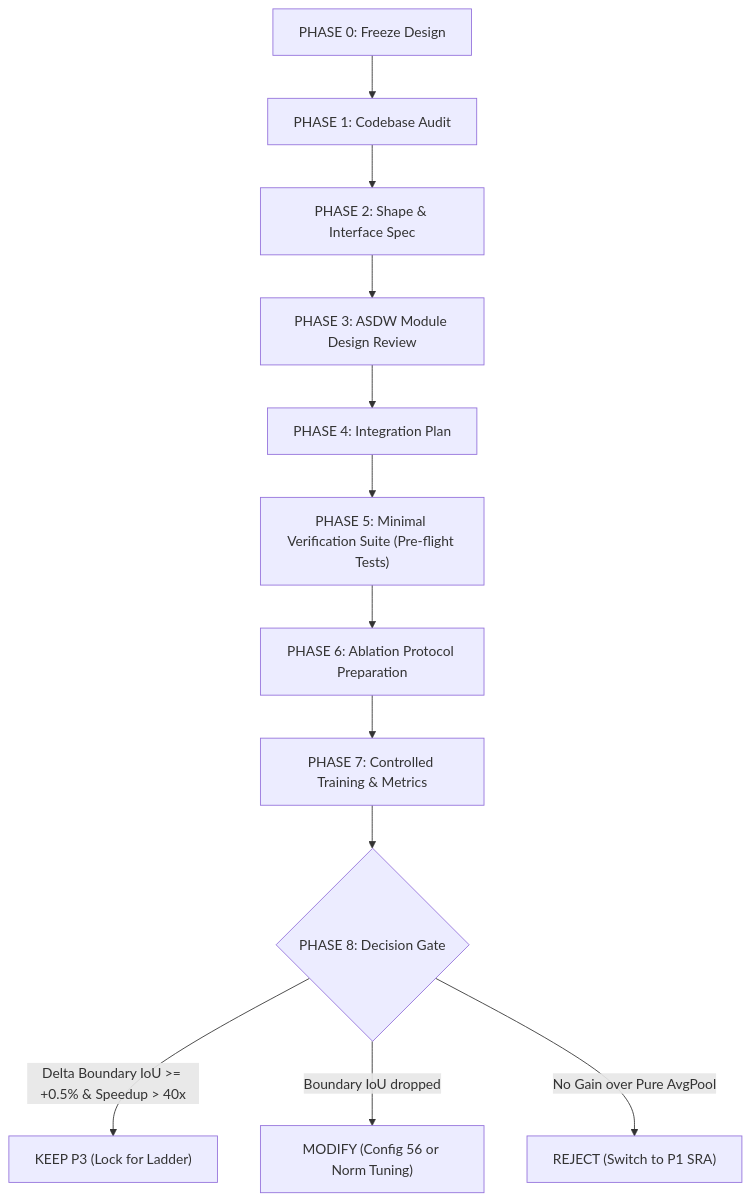
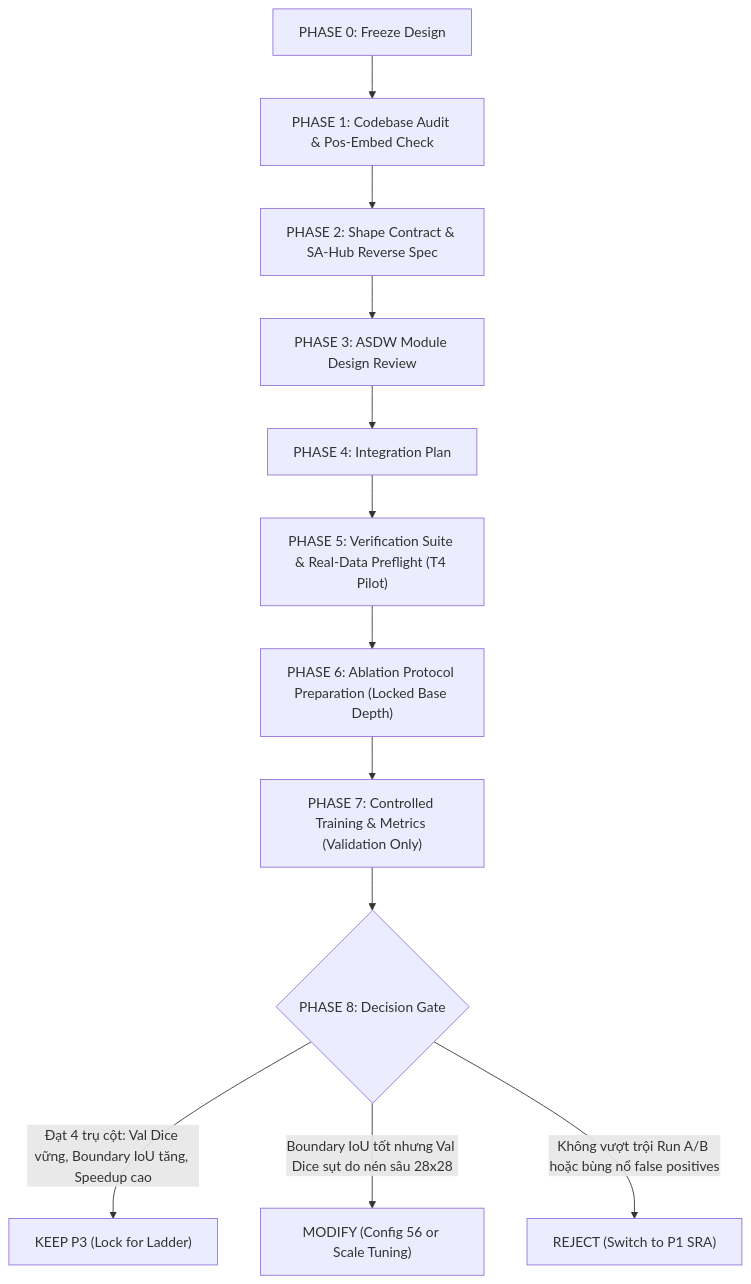
The diagram in docs/B2_Experimental_Roadmap.md (bach0823/chuyendettnt), drawn with Mermaid before and after one commit. The commit also changed other lines of this file and 1 other file, not shown here.

First line of the commit message:
docs: synchronize B2 experimental roadmap with implementation plan and upgrade P3 preflight

````diff
--- a/docs/B2_Experimental_Roadmap.md
+++ b/docs/B2_Experimental_Roadmap.md
@@ -104,14 +151,14 @@
 ```mermaid
 flowchart TD
-    P0["PHASE 0: Freeze Design"] --> P1["PHASE 1: Codebase Audit"]
-    P1 --> P2["PHASE 2: Shape & Interface Spec"]
+    P0["PHASE 0: Freeze Design"] --> P1["PHASE 1: Codebase Audit & Pos-Embed Check"]
+    P1 --> P2["PHASE 2: Shape Contract & SA-Hub Reverse Spec"]
     P2 --> P3["PHASE 3: ASDW Module Design Review"]
     P3 --> P4["PHASE 4: Integration Plan"]
-    P4 --> P5["PHASE 5: Minimal Verification Suite (Pre-flight Tests)"]
-    P5 --> P6["PHASE 6: Ablation Protocol Preparation"]
-    P6 --> P7["PHASE 7: Controlled Training & Metrics"]
+    P4 --> P5["PHASE 5: Verification Suite & Real-Data Preflight (T4 Pilot)"]
+    P5 --> P6["PHASE 6: Ablation Protocol Preparation (Locked Base Depth)"]
+    P6 --> P7["PHASE 7: Controlled Training & Metrics (Validation Only)"]
     P7 --> P8{"PHASE 8: Decision Gate"}
-    P8 -->|Delta Boundary IoU >= +0.5% & Speedup > 40x| Keep["KEEP P3 (Lock for Ladder)"]
-    P8 -->|Boundary IoU dropped| Mod["MODIFY (Config 56 or Norm Tuning)"]
-    P8 -->|No Gain over Pure AvgPool| Rej["REJECT (Switch to P1 SRA)"]
+    P8 -->|Đạt 4 trụ cột: Val Dice vững, Boundary IoU tăng, Speedup cao| Keep["KEEP P3 (Lock for Ladder)"]
+    P8 -->|Boundary IoU tốt nhưng Val Dice sụt do nén sâu 28x28| Mod["MODIFY (Config 56 or Scale Tuning)"]
+    P8 -->|Không vượt trội Run A/B hoặc bùng nổ false positives| Rej["REJECT (Switch to P1 SRA)"]
 ```
````
